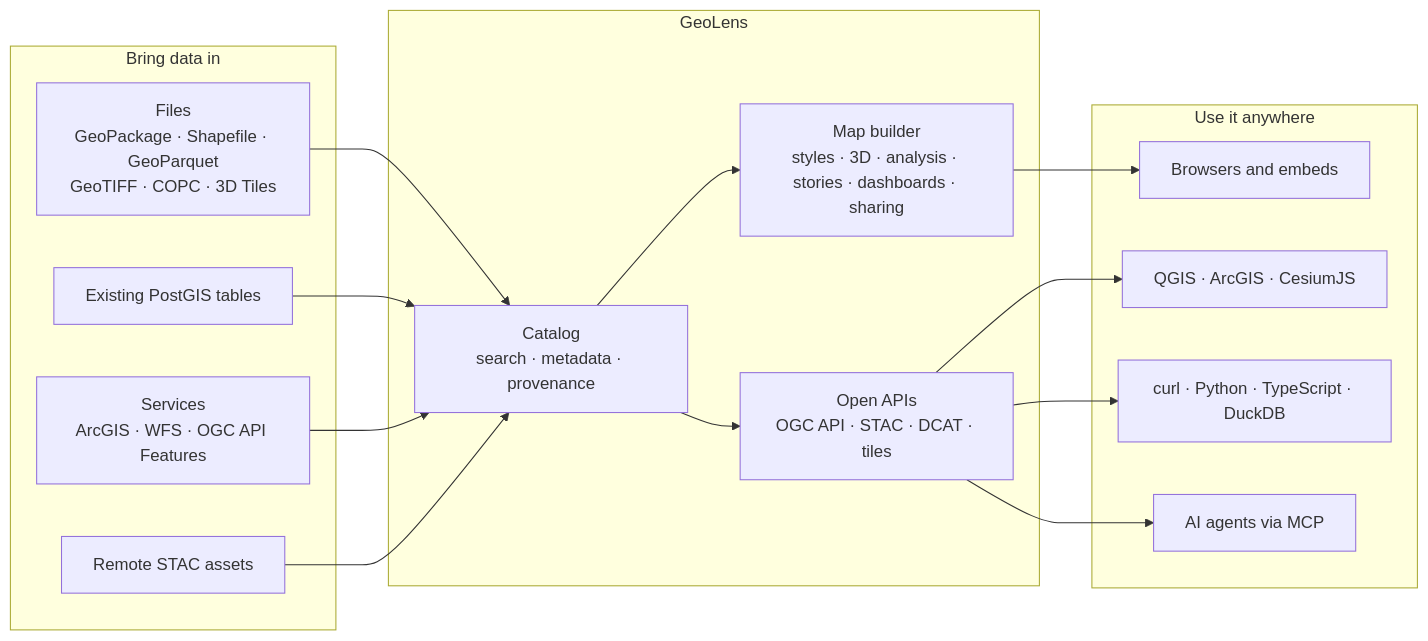
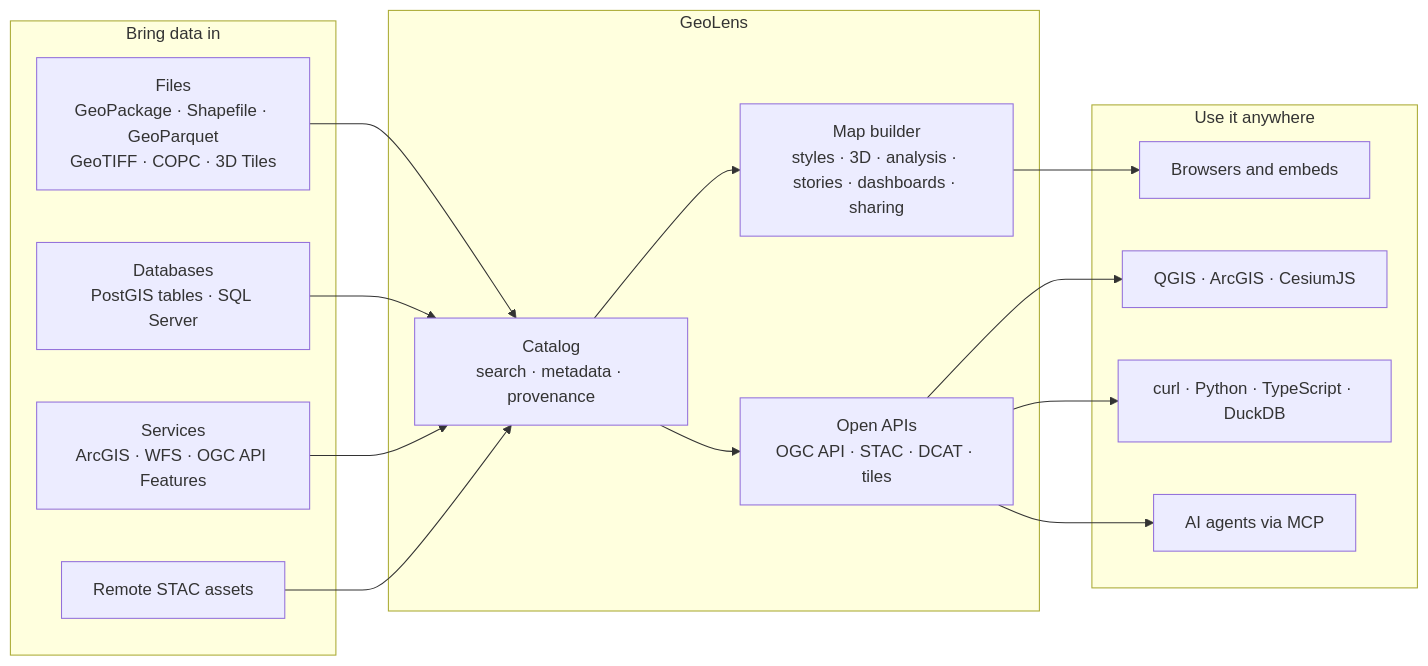
The diagram in data/readmes/geolens-io__geolens.md (zqf20096327/dbhub_collect), drawn with Mermaid before and after one commit. The commit also changed other lines of this file and 740 other files, not shown here.

````diff
--- a/data/readmes/geolens-io__geolens.md
+++ b/data/readmes/geolens-io__geolens.md
@@ -141,23 +106,23 @@
 ```mermaid
 flowchart LR
     subgraph IN ["Bring data in"]
       F["Files<br/>GeoPackage · Shapefile · GeoParquet<br/>GeoTIFF · COPC · 3D Tiles"]
-      DB["Existing PostGIS tables"]
+      DB["Databases<br/>PostGIS tables · SQL Server"]
       SVC["Services<br/>ArcGIS · WFS · OGC API Features"]
       ST["Remote STAC assets"]
     end
     subgraph GL ["GeoLens"]
       CAT["Catalog<br/>search · metadata · provenance"]
       MB["Map builder<br/>styles · 3D · analysis · stories · dashboards · sharing"]
       STD["Open APIs<br/>OGC API · STAC · DCAT · tiles"]
     end
     subgraph OUT ["Use it anywhere"]
       WEB["Browsers and embeds"]
       GIS["QGIS · ArcGIS · CesiumJS"]
       CODE["curl · Python · TypeScript · DuckDB"]
       AG["AI agents via MCP"]
     end
     F & DB & SVC & ST --> CAT
     CAT --> MB --> WEB
     CAT --> STD --> GIS & CODE & AG
 ```
````
